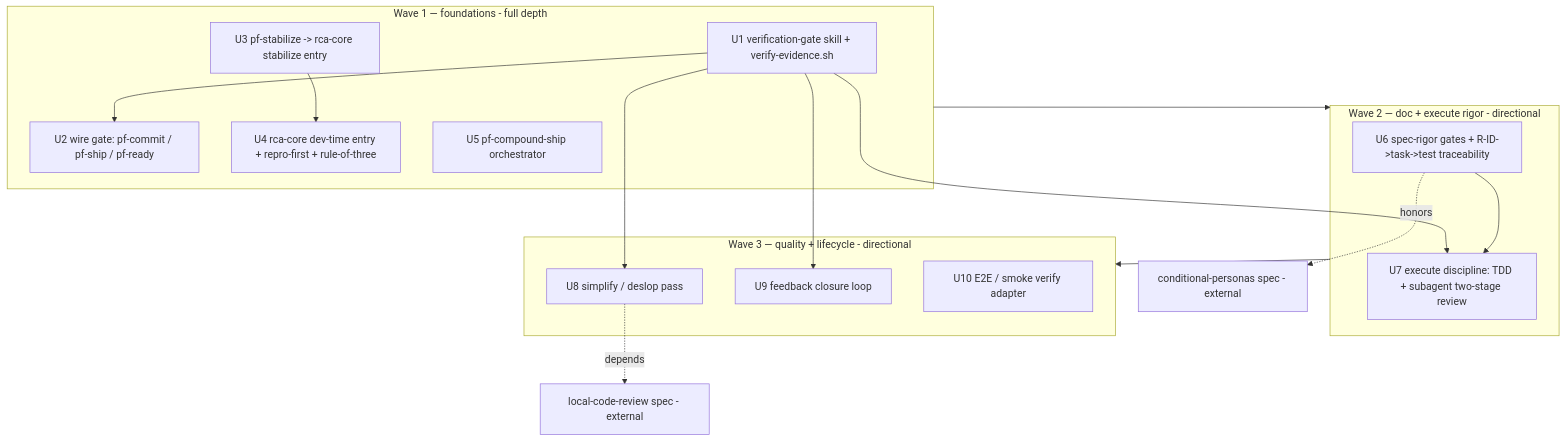
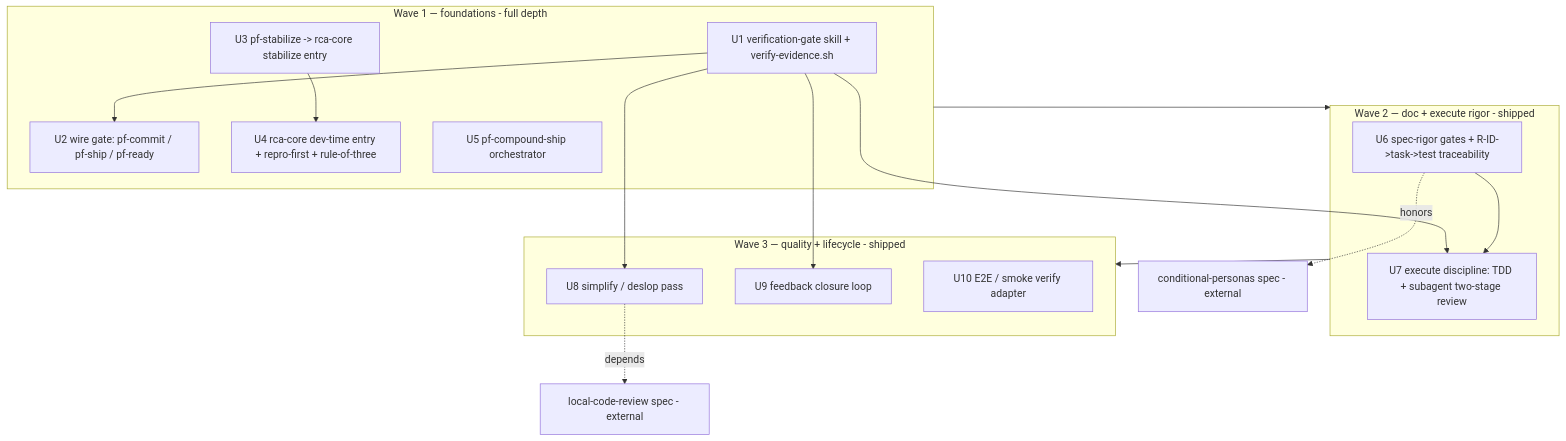
The diagram in docs/plans/2026-06-23-001-feat-loop-improvement-program-plan.md (grdavies/shipwright), drawn with Mermaid before and after one commit. The commit also changed other lines of this file and 7 other files, not shown here.

````diff
--- a/docs/plans/2026-06-23-001-feat-loop-improvement-program-plan.md
+++ b/docs/plans/2026-06-23-001-feat-loop-improvement-program-plan.md
@@ -154,28 +162,28 @@
 ```mermaid
 flowchart TB
   subgraph W1[Wave 1 — foundations - full depth]
     U1[U1 verification-gate skill + verify-evidence.sh]
     U2[U2 wire gate: pf-commit / pf-ship / pf-ready]
     U3[U3 pf-stabilize -> rca-core stabilize entry]
     U4[U4 rca-core dev-time entry + repro-first + rule-of-three]
     U5[U5 pf-compound-ship orchestrator]
     U1 --> U2
     U3 --> U4
   end
-  subgraph W2[Wave 2 — doc + execute rigor - directional]
+  subgraph W2[Wave 2 — doc + execute rigor - shipped]
     U6[U6 spec-rigor gates + R-ID->task->test traceability]
     U7[U7 execute discipline: TDD + subagent two-stage review]
     U6 --> U7
   end
-  subgraph W3[Wave 3 — quality + lifecycle - directional]
+  subgraph W3[Wave 3 — quality + lifecycle - shipped]
     U8[U8 simplify / deslop pass]
     U9[U9 feedback closure loop]
     U10[U10 E2E / smoke verify adapter]
   end
   U1 --> U7
   U1 --> U8
   U1 --> U9
   U6 -. honors .-> EXTP[conditional-personas spec - external]
   U8 -. depends .-> EXTR[local-code-review spec - external]
   W1 --> W2 --> W3
 ```
````
